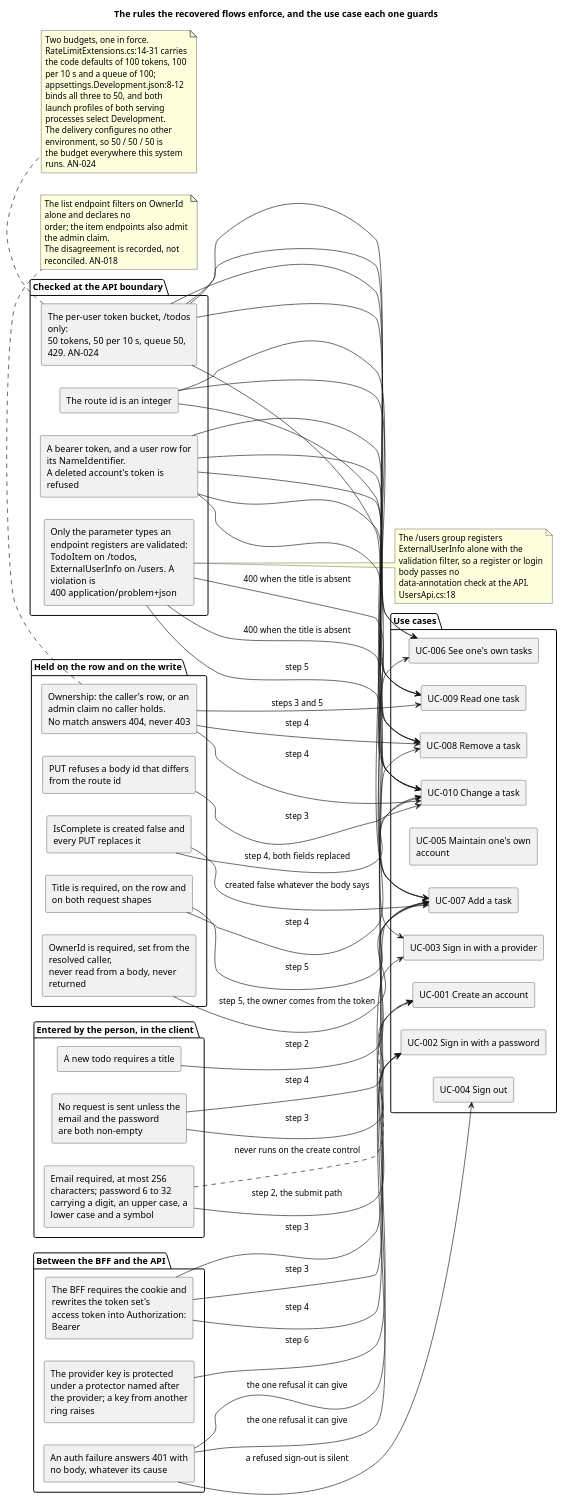
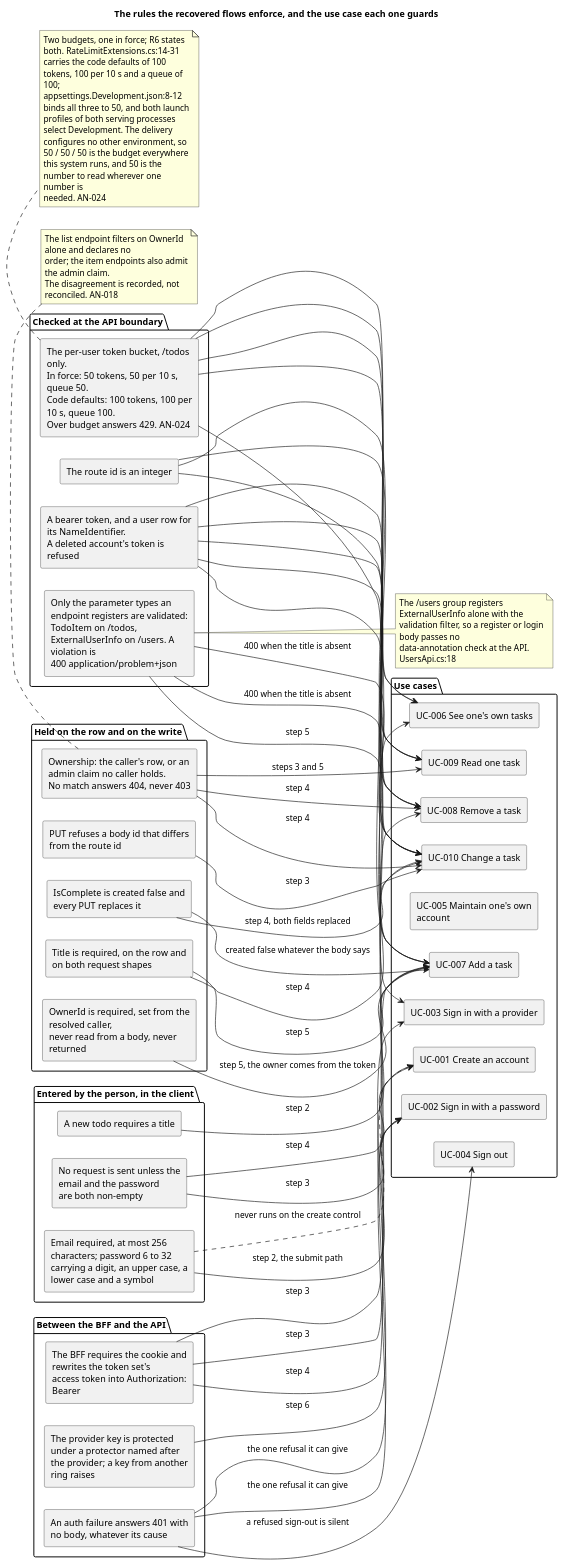
One commit to banense-test/TodoApp changed the third of 9 diagrams in docs/artifacts/requirements/use-case-model.md. Above: the diagram before and after it, drawn with PlantUML. The commit also changed other lines of this file, not shown here.

Commit message:
System Analyst [Excavation3]: upsert Use-Case Model
[skip ci]

```diff
--- a/docs/artifacts/requirements/use-case-model.md
+++ b/docs/artifacts/requirements/use-case-model.md
@@ -241,7 +241,7 @@
 package "Checked at the API boundary" {
   component "Only the parameter types an endpoint registers are validated:\nTodoItem on /todos, ExternalUserInfo on /users. A violation is\n400 application/problem+json" as R4
   component "A bearer token, and a user row for its NameIdentifier.\nA deleted account's token is refused" as R5
-  component "The per-user token bucket, /todos only:\n50 tokens, 50 per 10 s, queue 50, 429. AN-024" as R6
+  component "The per-user token bucket, /todos only.\nIn force: 50 tokens, 50 per 10 s, queue 50.\nCode defaults: 100 tokens, 100 per 10 s, queue 100.\nOver budget answers 429. AN-024" as R6
   component "The route id is an integer" as R7
 }
 
@@ -317,12 +317,13 @@
 end note
 
 note bottom of R6
-  Two budgets, one in force. RateLimitExtensions.cs:14-31 carries
-  the code defaults of 100 tokens, 100 per 10 s and a queue of 100;
-  appsettings.Development.json:8-12 binds all three to 50, and both
-  launch profiles of both serving processes select Development.
-  The delivery configures no other environment, so 50 / 50 / 50 is
-  the budget everywhere this system runs. AN-024
+  Two budgets, one in force; R6 states both. RateLimitExtensions.cs:14-31
+  carries the code defaults of 100 tokens, 100 per 10 s and a queue of 100;
+  appsettings.Development.json:8-12 binds all three to 50, and both launch
+  profiles of both serving processes select Development. The delivery
+  configures no other environment, so 50 / 50 / 50 is the budget everywhere
+  this system runs, and 50 is the number to read wherever one number is
+  needed. AN-024
 end note
 
 note bottom of R12
```
